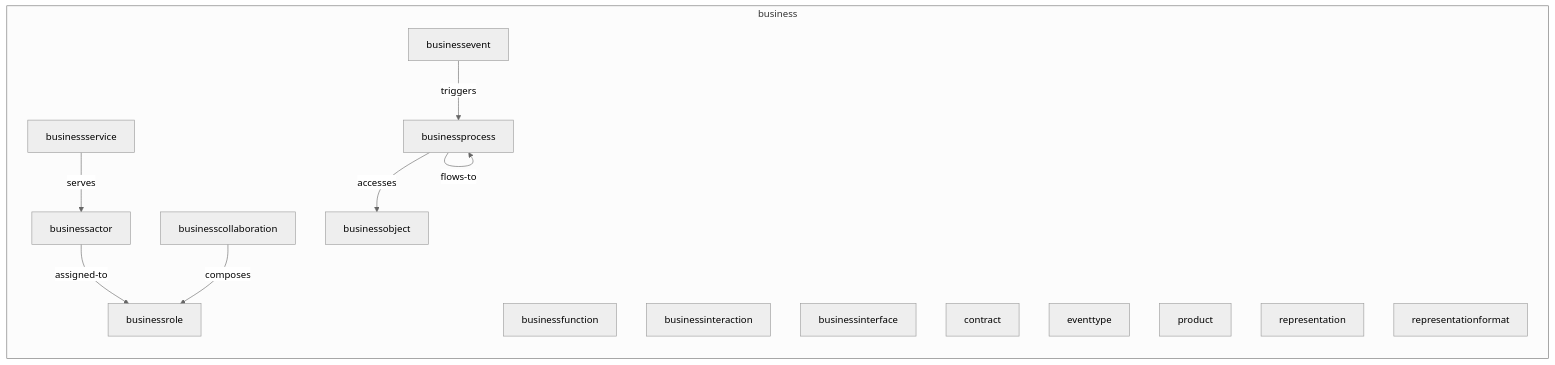
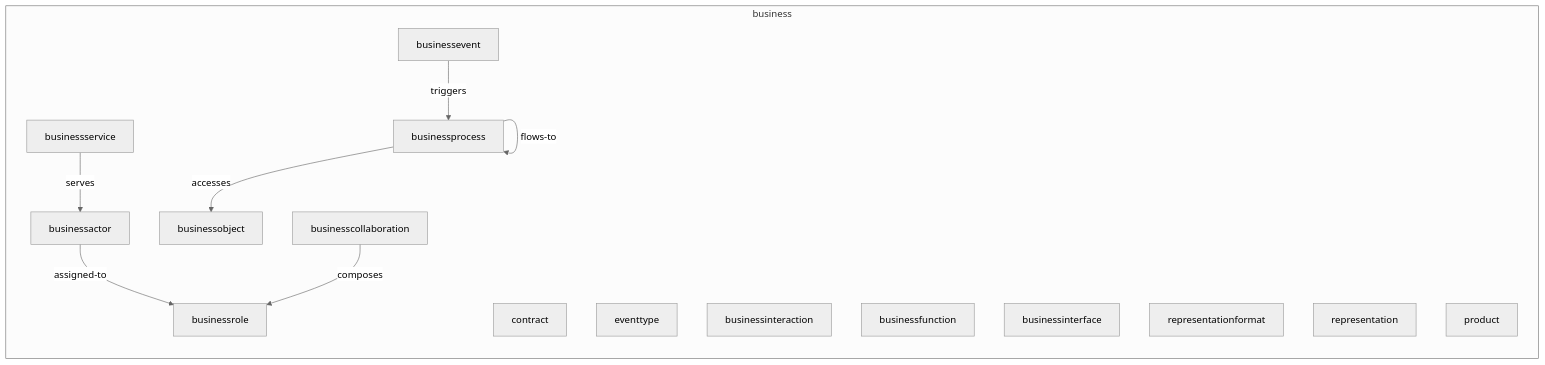
The first of 2 diagrams in spec/browser/02-business-layer-report.md (tinkermonkey/documentation_robotics), drawn with Mermaid (neutral theme) before and after one commit. The commit also changed other lines of this file and 13 other files, not shown here.

````diff
--- a/spec/browser/02-business-layer-report.md
+++ b/spec/browser/02-business-layer-report.md
@@ -50,26 +50,26 @@
 ```mermaid
 flowchart LR
   subgraph business
-    businessactor["businessactor"]
-    businesscollaboration["businesscollaboration"]
+    businessprocess["businessprocess"]
+    contract["contract"]
+    eventtype["eventtype"]
+    businessinteraction["businessinteraction"]
     businessevent["businessevent"]
     businessfunction["businessfunction"]
-    businessinteraction["businessinteraction"]
     businessinterface["businessinterface"]
     businessobject["businessobject"]
-    businessprocess["businessprocess"]
+    representationformat["representationformat"]
+    representation["representation"]
+    product["product"]
+    businessservice["businessservice"]
     businessrole["businessrole"]
-    businessservice["businessservice"]
-    contract["contract"]
-    eventtype["eventtype"]
-    product["product"]
-    representation["representation"]
-    representationformat["representationformat"]
+    businesscollaboration["businesscollaboration"]
+    businessactor["businessactor"]
+    businesscollaboration -->|composes| businessrole
+    businessprocess -->|accesses| businessobject
     businessactor -->|assigned-to| businessrole
-    businesscollaboration -->|composes| businessrole
+    businessprocess -->|flows-to| businessprocess
     businessevent -->|triggers| businessprocess
-    businessprocess -->|accesses| businessobject
-    businessprocess -->|flows-to| businessprocess
     businessservice -->|serves| businessactor
   end
 ```
````
